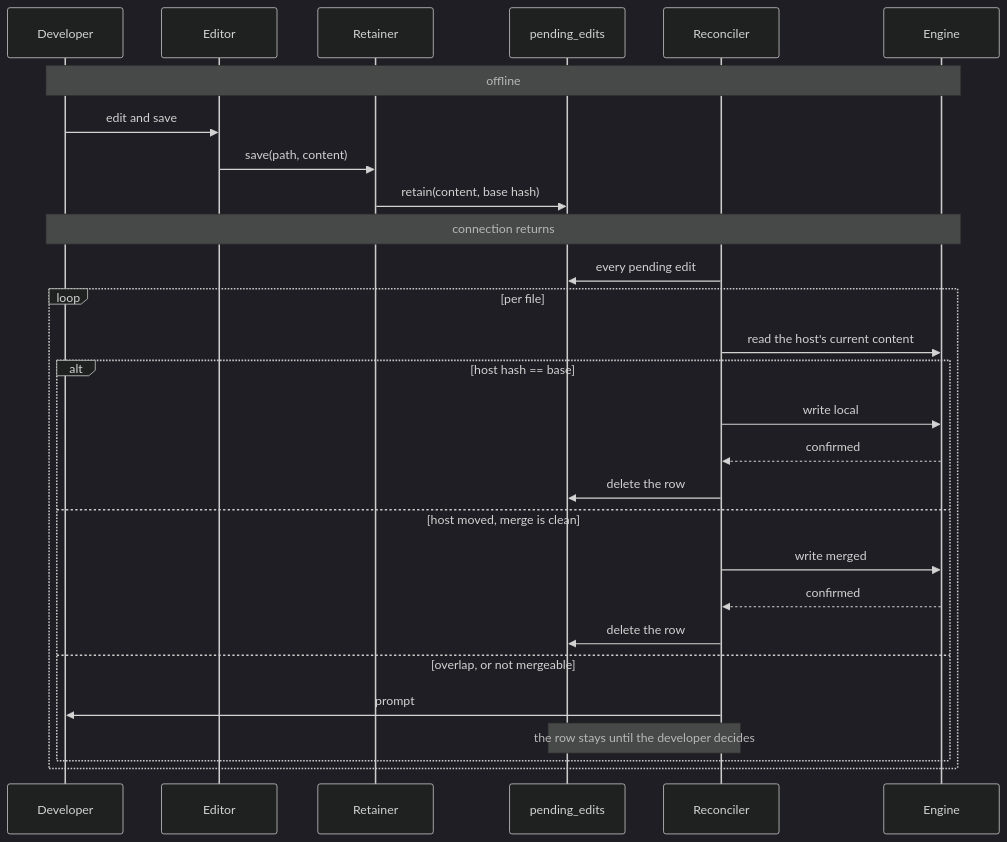
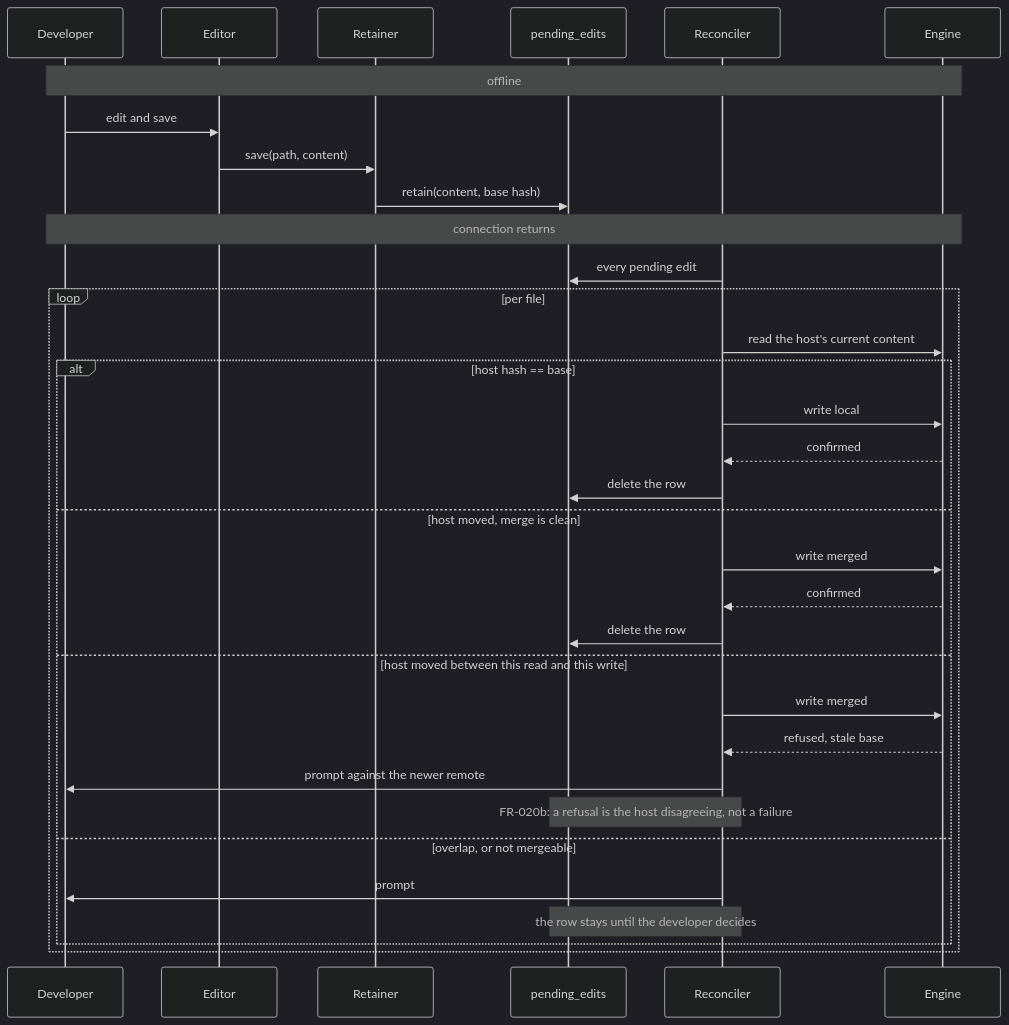
Before and after one commit to nbugash/project-apex: the fourth of 4 diagrams in specs/010-offline-editing/architecture.md, drawn with Mermaid (dark theme). The commit also changed other lines of this file and 2 other files, not shown here.

````diff
--- a/specs/010-offline-editing/architecture.md
+++ b/specs/010-offline-editing/architecture.md
@@ -82,31 +84,36 @@
 ```mermaid
 sequenceDiagram
     participant D as Developer
     participant E as Editor
     participant R as Retainer
     participant S as pending_edits
     participant C as Reconciler
     participant H as Engine
 
     Note over D,H: offline
     D->>E: edit and save
     E->>R: save(path, content)
     R->>S: retain(content, base hash)
     Note over D,H: connection returns
     C->>S: every pending edit
     loop per file
         C->>H: read the host's current content
         alt host hash == base
             C->>H: write local
             H-->>C: confirmed
             C->>S: delete the row
         else host moved, merge is clean
             C->>H: write merged
             H-->>C: confirmed
             C->>S: delete the row
+        else host moved between this read and this write
+            C->>H: write merged
+            H-->>C: refused, stale base
+            C->>D: prompt against the newer remote
+            Note over C,S: FR-020b: a refusal is the host disagreeing, not a failure
         else overlap, or not mergeable
             C->>D: prompt
             Note over C,S: the row stays until the developer decides
         end
     end
 ```
````
